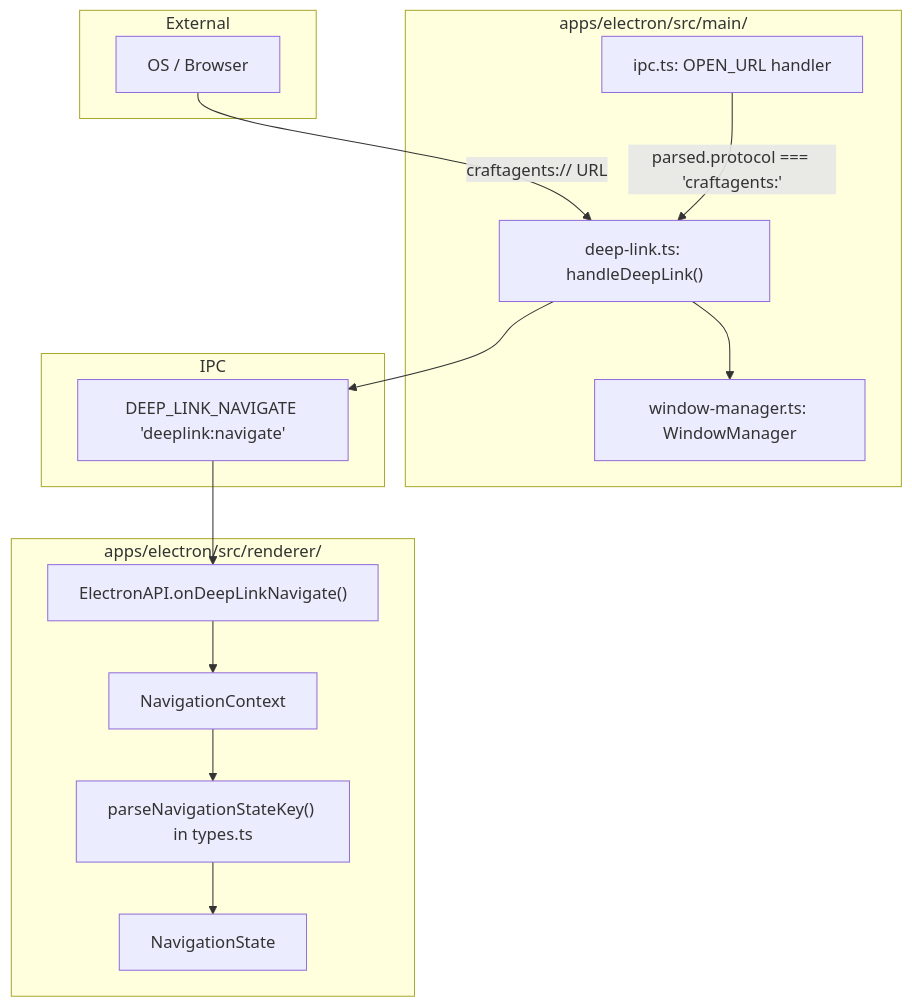
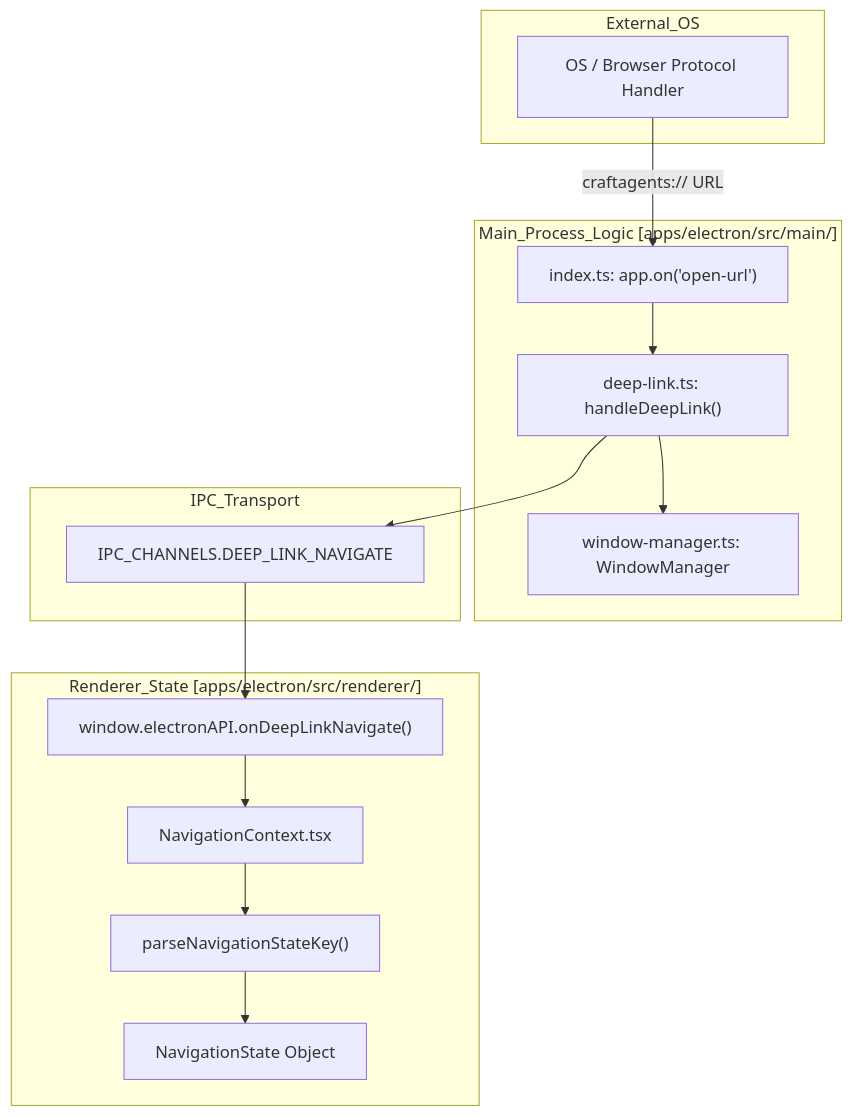
One commit to blackcater/zentree changed the first of 2 diagrams in docs/lukilabs_craft-agents-oss/api-reference/deep-link-urls.md. Above: the diagram before and after it, drawn with Mermaid. The commit also changed other lines of this file and 232 other files, not shown here.

````diff
--- a/docs/lukilabs_craft-agents-oss/api-reference/deep-link-urls.md
+++ b/docs/lukilabs_craft-agents-oss/api-reference/deep-link-urls.md
@@ -39,32 +41,32 @@
 ```mermaid
 graph TB
-    subgraph "External"
-        A["OS / Browser"]
+    subgraph "External_OS"
+        A["OS / Browser Protocol Handler"]
     end
 
-    subgraph "apps/electron/src/main/"
+    subgraph "Main_Process_Logic [apps/electron/src/main/]"
+        C["index.ts: app.on('open-url')"]
         B["deep-link.ts: handleDeepLink()"]
-        C["ipc.ts: OPEN_URL handler"]
         D["window-manager.ts: WindowManager"]
     end
 
-    subgraph "IPC"
-        E["DEEP_LINK_NAVIGATE 'deeplink:navigate'"]
+    subgraph "IPC_Transport"
+        E["IPC_CHANNELS.DEEP_LINK_NAVIGATE"]
     end
 
-    subgraph "apps/electron/src/renderer/"
-        F["ElectronAPI.onDeepLinkNavigate()"]
-        G["NavigationContext"]
-        H["parseNavigationStateKey() in types.ts"]
-        I["NavigationState"]
+    subgraph "Renderer_State [apps/electron/src/renderer/]"
+        F["window.electronAPI.onDeepLinkNavigate()"]
+        G["NavigationContext.tsx"]
+        H["parseNavigationStateKey()"]
+        I["NavigationState Object"]
     end
 
-    A -->|"craftagents:// URL"| B
-    C -->|"parsed.protocol === 'craftagents:'"| B
+    A -->|"craftagents:// URL"| C
+    C --> B
     B --> D
     B --> E
     E --> F
     F --> G
     G --> H
     H --> I
 ```
````
